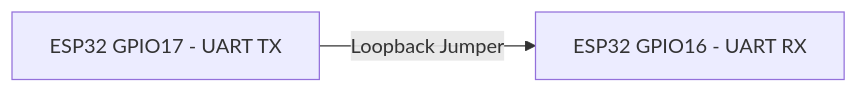
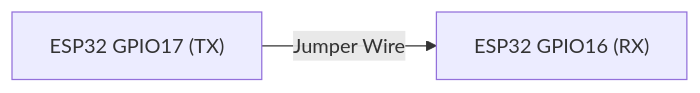
The first of 3 diagrams in README.md (bertaldearias/BCA188-Laboratory-8), drawn with Mermaid before and after one commit. The commit also changed other lines of this file, not shown here.

````diff
--- a/README.md
+++ b/README.md
@@ -82,4 +94,4 @@
 ```mermaid
 flowchart LR
-    TX["ESP32 GPIO17 - UART TX"] -->|"Loopback Jumper"| RX["ESP32 GPIO16 - UART RX"]
+    A["ESP32 GPIO17 (TX)"] -->|"Jumper Wire"| B["ESP32 GPIO16 (RX)"]
 ```
````
